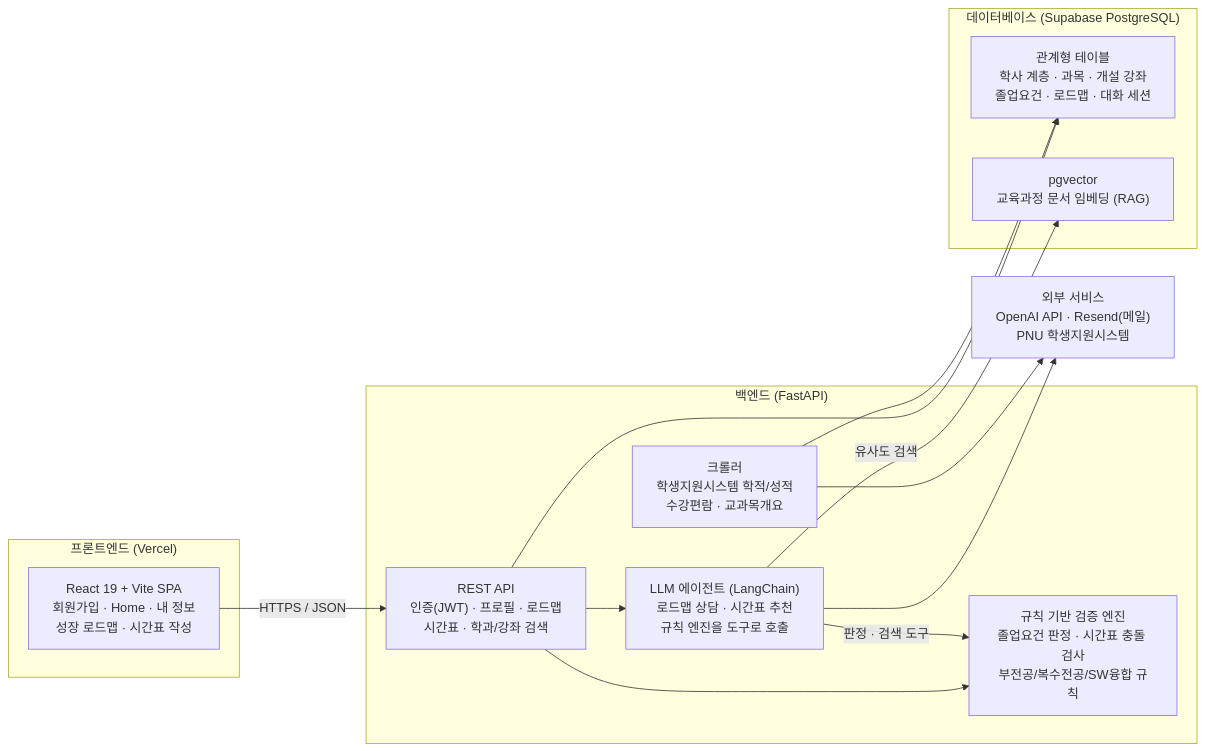
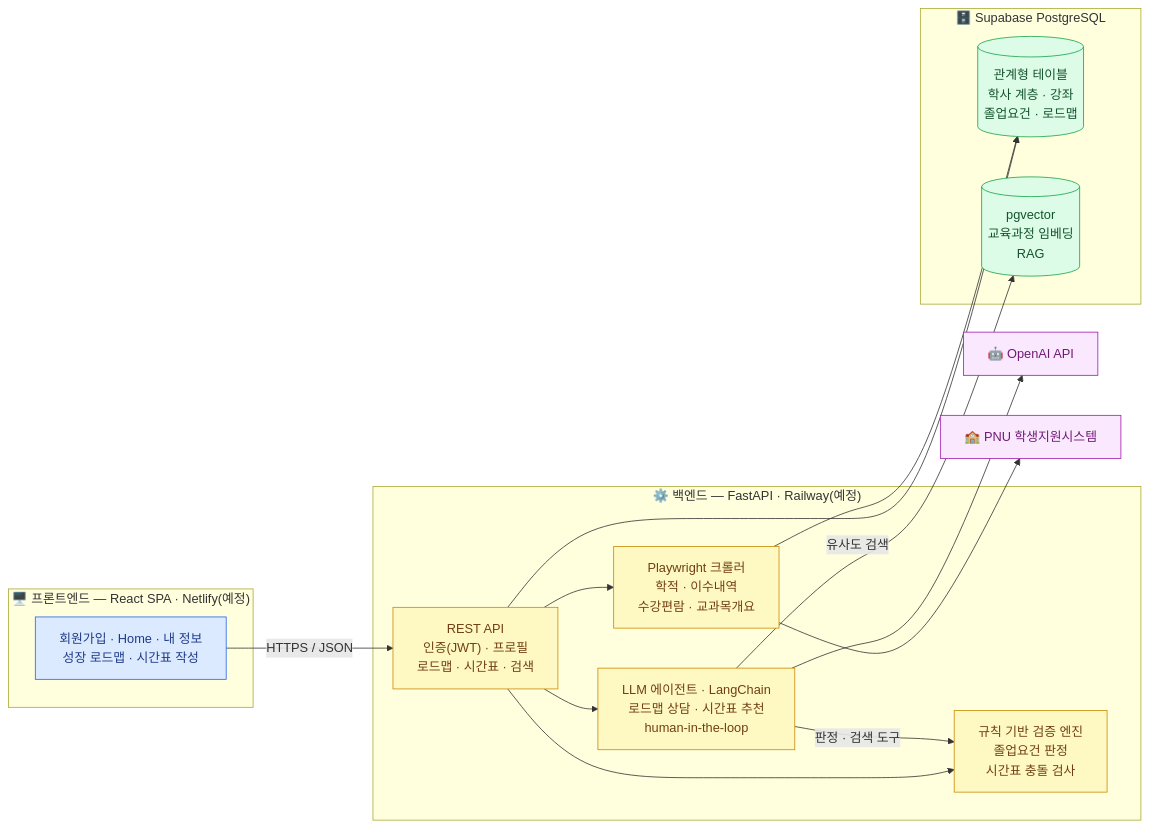
The diagram in README.md (PNU-2026-AI-Hackathon/pnuai-a-03-team-u), drawn with Mermaid before and after one commit. The commit also changed other lines of this file, not shown here.

First line of the commit message:
ldw/docs: README 현행화 — Playwright 크롤링·배포 계획·실측 버전 반영

````diff
--- a/README.md
+++ b/README.md
@@ -58,30 +58,41 @@
 ```mermaid
 flowchart LR
-    subgraph Frontend["프론트엔드 (Vercel)"]
-        FE["React 19 + Vite SPA<br/>회원가입 · Home · 내 정보<br/>성장 로드맵 · 시간표 작성"]
+    subgraph FRONT["🖥️ 프론트엔드 — React SPA · Netlify(예정)"]
+        FE["회원가입 · Home · 내 정보<br/>성장 로드맵 · 시간표 작성"]
     end
 
-    subgraph Backend["백엔드 (FastAPI)"]
-        API["REST API<br/>인증(JWT) · 프로필 · 로드맵<br/>시간표 · 학과/강좌 검색"]
-        RULE["규칙 기반 검증 엔진<br/>졸업요건 판정 · 시간표 충돌 검사<br/>부전공/복수전공/SW융합 규칙"]
-        AGENT["LLM 에이전트 (LangChain)<br/>로드맵 상담 · 시간표 추천<br/>규칙 엔진을 도구로 호출"]
-        CRAWL["크롤러<br/>학생지원시스템 학적/성적<br/>수강편람 · 교과목개요"]
+    subgraph BACK["⚙️ 백엔드 — FastAPI · Railway(예정)"]
+        API["REST API<br/>인증(JWT) · 프로필<br/>로드맵 · 시간표 · 검색"]
+        RULE["규칙 기반 검증 엔진<br/>졸업요건 판정<br/>시간표 충돌 검사"]
+        AGENT["LLM 에이전트 · LangChain<br/>로드맵 상담 · 시간표 추천<br/>human-in-the-loop"]
+        CRAWL["Playwright 크롤러<br/>학적 · 이수내역<br/>수강편람 · 교과목개요"]
     end
 
-    subgraph DB["데이터베이스 (Supabase PostgreSQL)"]
-        PG["관계형 테이블<br/>학사 계층 · 과목 · 개설 강좌<br/>졸업요건 · 로드맵 · 대화 세션"]
-        VEC["pgvector<br/>교육과정 문서 임베딩 (RAG)"]
+    subgraph DATA["🗄️ Supabase PostgreSQL"]
+        PG[("관계형 테이블<br/>학사 계층 · 강좌<br/>졸업요건 · 로드맵")]
+        VEC[("pgvector<br/>교육과정 임베딩<br/>RAG")]
     end
 
-    EXT["외부 서비스<br/>OpenAI API · Resend(메일)<br/>PNU 학생지원시스템"]
+    LLM["🤖 OpenAI API"]
+    PNU["🏫 PNU 학생지원시스템"]
 
     FE -->|HTTPS / JSON| API
     API --> RULE
     API --> AGENT
+    API --> CRAWL
     AGENT -->|판정 · 검색 도구| RULE
     AGENT -->|유사도 검색| VEC
+    AGENT --> LLM
     API --> PG
     CRAWL --> PG
-    AGENT --> EXT
-    CRAWL --> EXT
+    CRAWL --> PNU
+
+    classDef front fill:#dbeafe,stroke:#2563eb,color:#1e3a8a
+    classDef back fill:#fef9c3,stroke:#ca8a04,color:#713f12
+    classDef data fill:#dcfce7,stroke:#16a34a,color:#14532d
+    classDef ext fill:#fae8ff,stroke:#a21caf,color:#701a75
+    class FE front
+    class API,RULE,AGENT,CRAWL back
+    class PG,VEC data
+    class LLM,PNU ext
 ```
````
